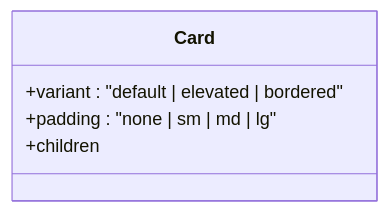
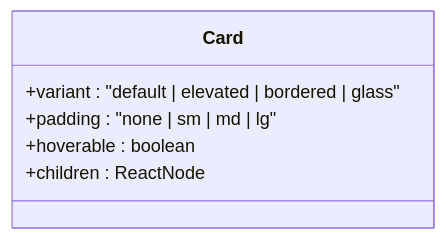
Before and after one commit to Daniiyal-creates/MedAce-AI: the fourth of 9 diagrams in .qoder/repowiki/en/content/Component Library/Component Library.md, drawn with Mermaid. The commit also changed other lines of this file and 159 other files, not shown here.

````diff
--- a/.qoder/repowiki/en/content/Component Library/Component Library.md
+++ b/.qoder/repowiki/en/content/Component Library/Component Library.md
@@ -215,8 +259,9 @@
 ```mermaid
 classDiagram
 class Card {
-+variant : "default | elevated | bordered"
++variant : "default | elevated | bordered | glass"
 +padding : "none | sm | md | lg"
-+children
++hoverable : boolean
++children : ReactNode
 }
 ```
````
